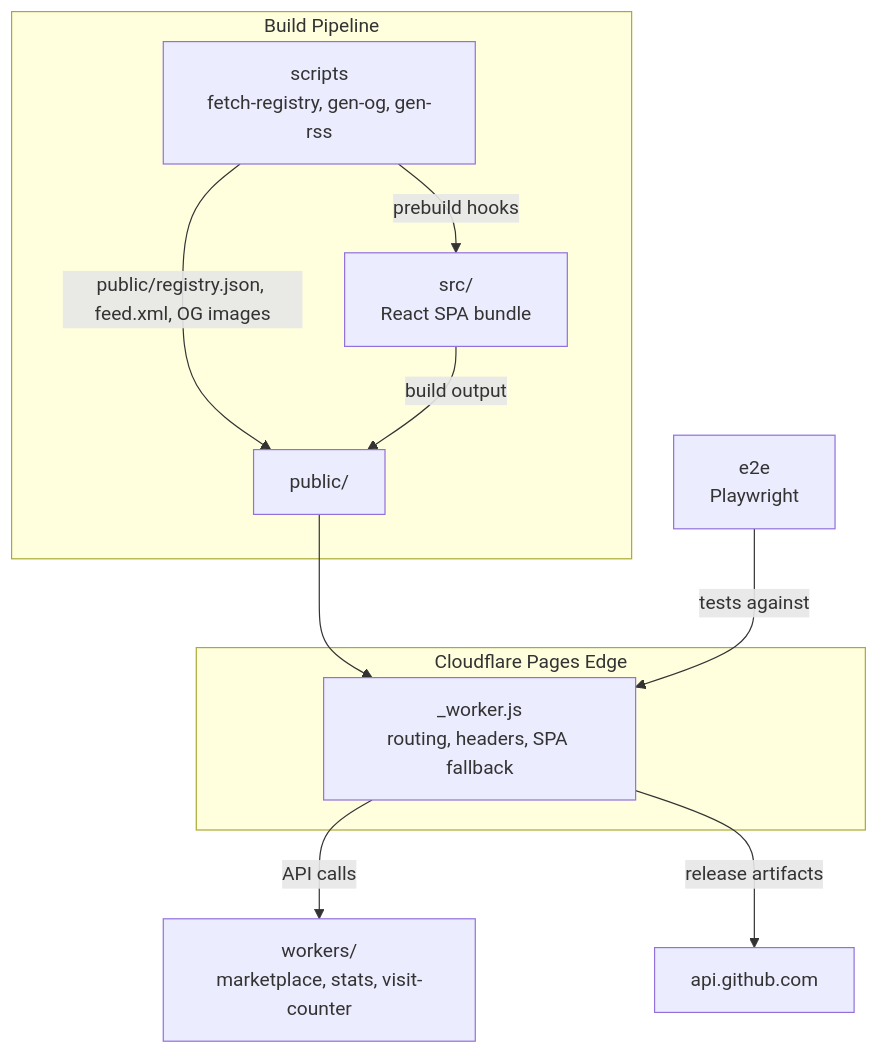
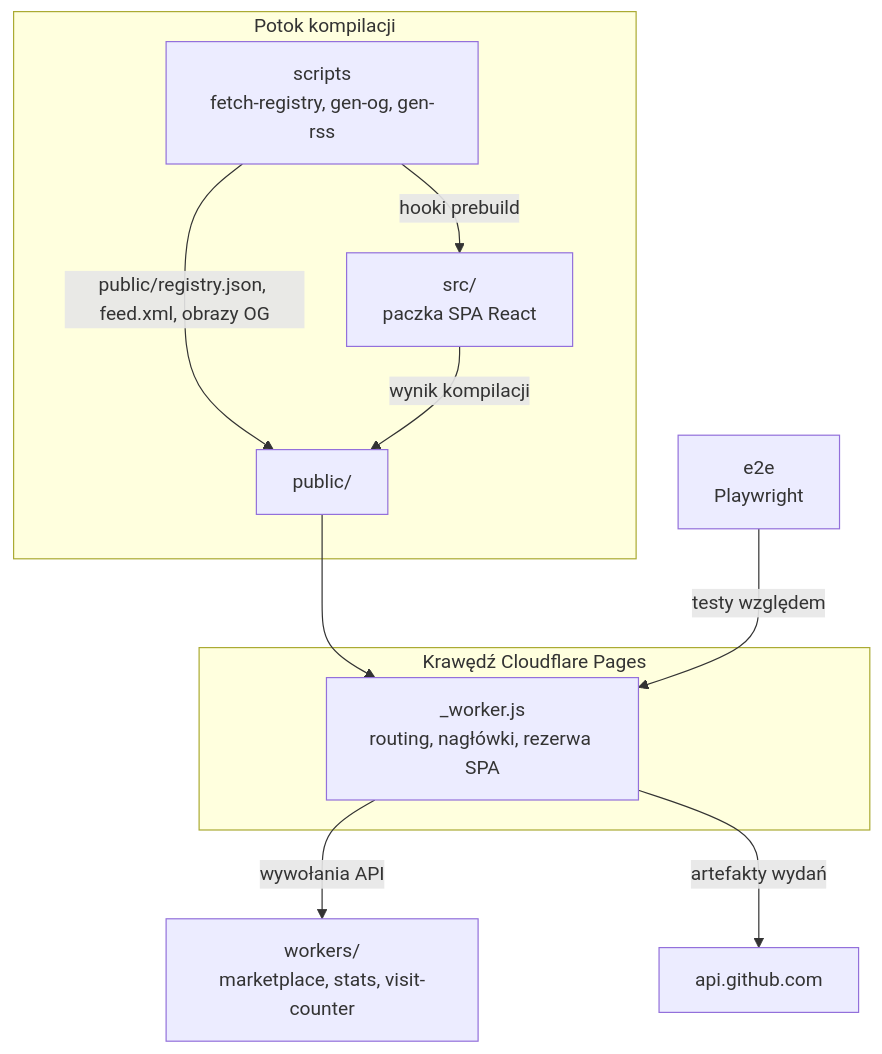
The diagram in web.md (leszek3737/librefang-WIki), drawn with Mermaid before and after one commit. The commit also changed other lines of this file and 104 other files, not shown here.

````diff
--- a/web.md
+++ b/web.md
@@ -26,18 +26,18 @@
 ```mermaid
 flowchart TD
-    subgraph Build["Build Pipeline"]
-        SC[scripts<br/>fetch-registry, gen-og, gen-rss] -->|"public/registry.json, feed.xml, OG images"| PB[public/]
-        SC -->|"prebuild hooks"| SR[src/<br/>React SPA bundle]
+    subgraph Build["Potok kompilacji"]
+        SC[scripts<br/>fetch-registry, gen-og, gen-rss] -->|"public/registry.json, feed.xml, obrazy OG"| PB[public/]
+        SC -->|"hooki prebuild"| SR[src/<br/>paczka SPA React]
     end
 
-    SR -->|"build output"| PB
+    SR -->|"wynik kompilacji"| PB
 
-    subgraph Edge["Cloudflare Pages Edge"]
-        PB --> WK["_worker.js<br/>routing, headers, SPA fallback"]
+    subgraph Edge["Krawędź Cloudflare Pages"]
+        PB --> WK["_worker.js<br/>routing, nagłówki, rezerwa SPA"]
     end
 
-    WK -->|"API calls"| WRK[workers/<br/>marketplace, stats, visit-counter]
-    WK -->|"release artifacts"| GH[api.github.com]
+    WK -->|"wywołania API"| WRK[workers/<br/>marketplace, stats, visit-counter]
+    WK -->|"artefakty wydań"| GH[api.github.com]
 
-    E2E[e2e<br/>Playwright] -->|"tests against"| WK
+    E2E[e2e<br/>Playwright] -->|"testy względem"| WK
 ```
````
